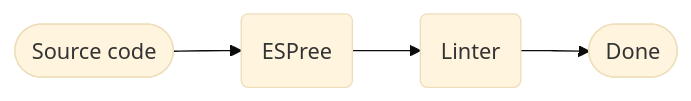
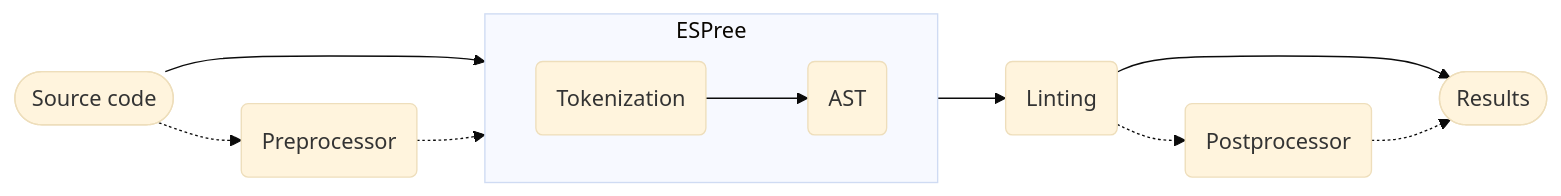
The second of 4 diagrams in readme.md (d8bauxit8/eslint-deep-dive), drawn with Mermaid (base theme) before and after one commit. The commit also changed other lines of this file and 4 other files, not shown here.

````diff
--- a/readme.md
+++ b/readme.md
@@ -119,7 +125,16 @@
 ```mermaid
 flowchart LR
-    A([Source code]) --> B
-    B(ESPree) --> C
-    C(Linter) --> D
-    D([Done])
+    A([Source code]) --> ESPree 
+    A -.-> B
+    B(Preprocessor) -.-> ESPree
+    subgraph ESPree
+        direction LR
+        C(Tokenization) --> D
+        D(AST)
+    end
+    ESPree --> E
+    E(Linting) --> G
+    E -.-> F
+    F(Postprocessor) -.-> G
+    G([Results])
 ```
````
